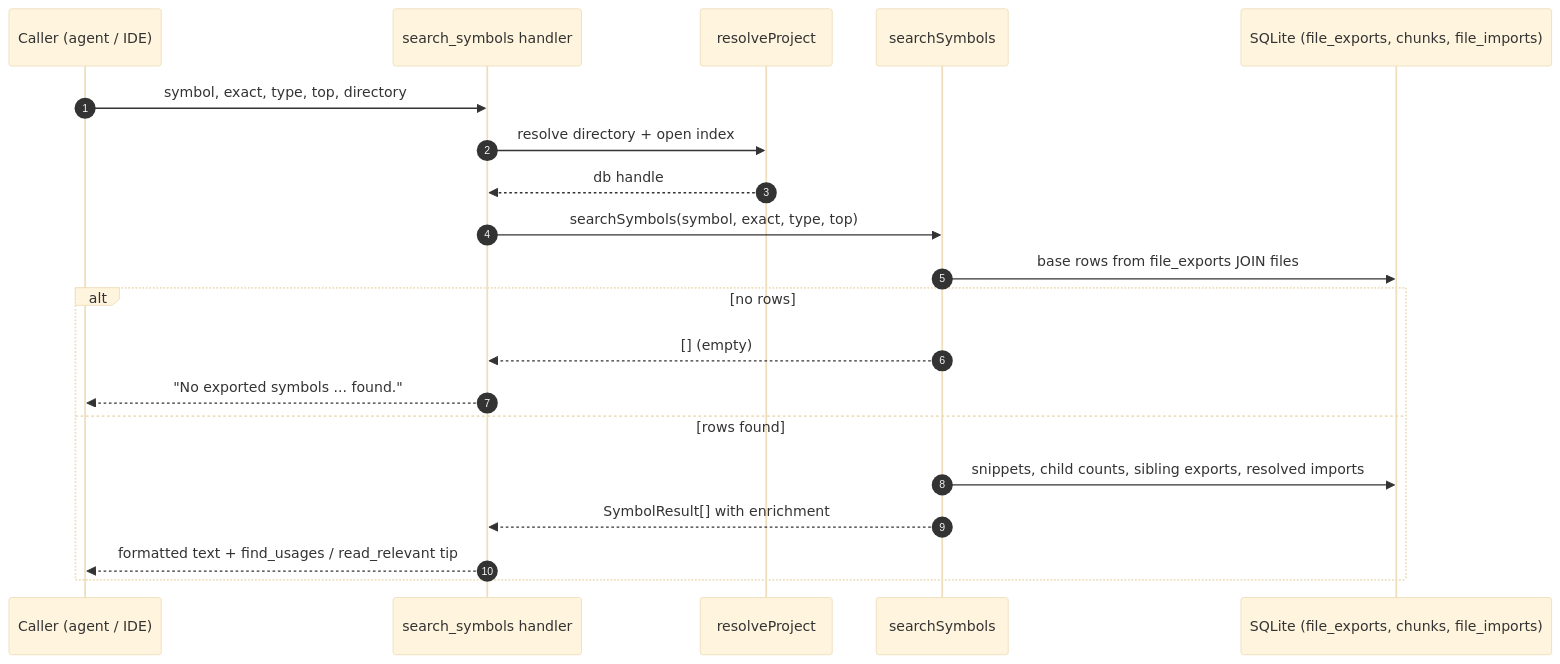
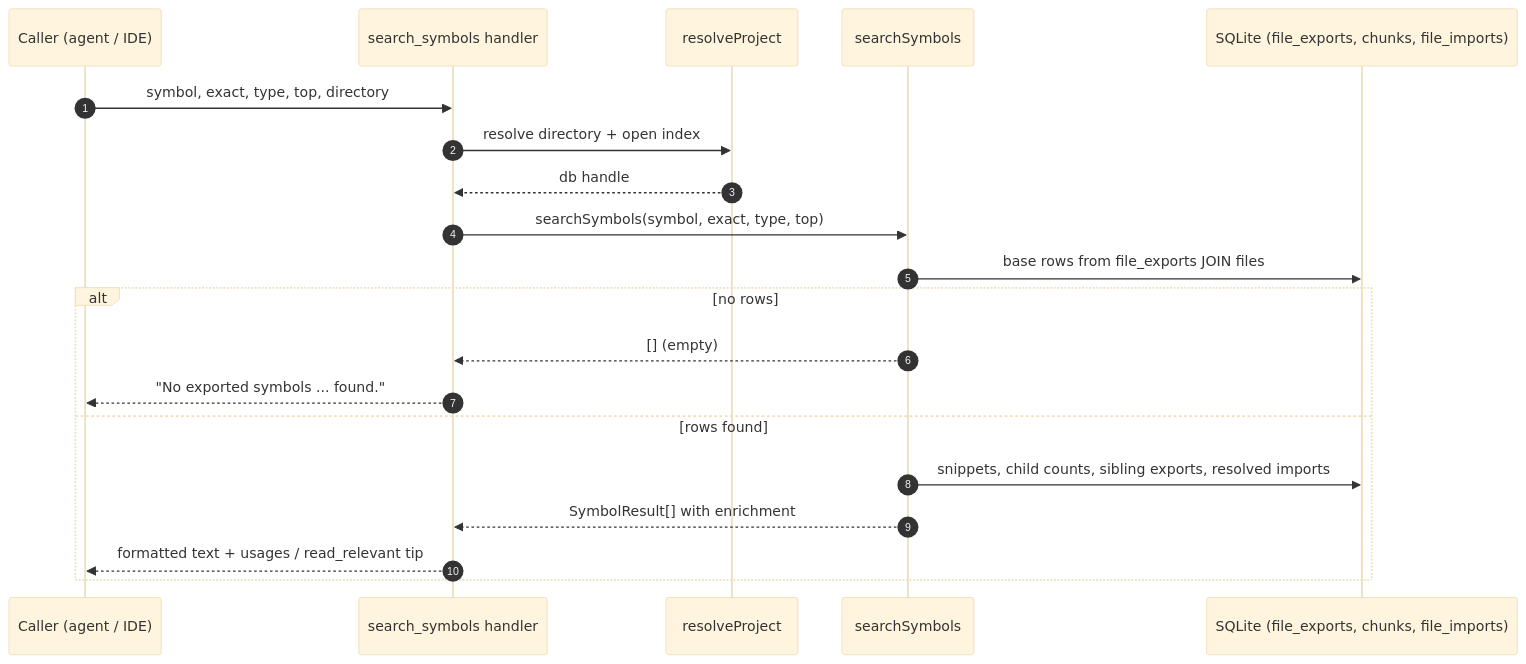
Before and after one commit to TheWinci/mimirs: the diagram in wiki/tools/search-symbols.md, drawn with Mermaid (base theme). The commit also changed other lines of this file and 49 other files, not shown here.

````diff
--- a/wiki/tools/search-symbols.md
+++ b/wiki/tools/search-symbols.md
@@ -11,23 +11,23 @@
 ```mermaid
 sequenceDiagram
     autonumber
     participant Caller as Caller (agent / IDE)
     participant Handler as search_symbols handler
     participant Proj as resolveProject
     participant Query as searchSymbols
     participant Store as SQLite (file_exports, chunks, file_imports)
 
     Caller->>Handler: symbol, exact, type, top, directory
     Handler->>Proj: resolve directory + open index
     Proj-->>Handler: db handle
     Handler->>Query: searchSymbols(symbol, exact, type, top)
     Query->>Store: base rows from file_exports JOIN files
     alt no rows
         Query-->>Handler: [] (empty)
         Handler-->>Caller: "No exported symbols ... found."
     else rows found
         Query->>Store: snippets, child counts, sibling exports, resolved imports
         Query-->>Handler: SymbolResult[] with enrichment
-        Handler-->>Caller: formatted text + find_usages / read_relevant tip
+        Handler-->>Caller: formatted text + usages / read_relevant tip
     end
 ```
````
